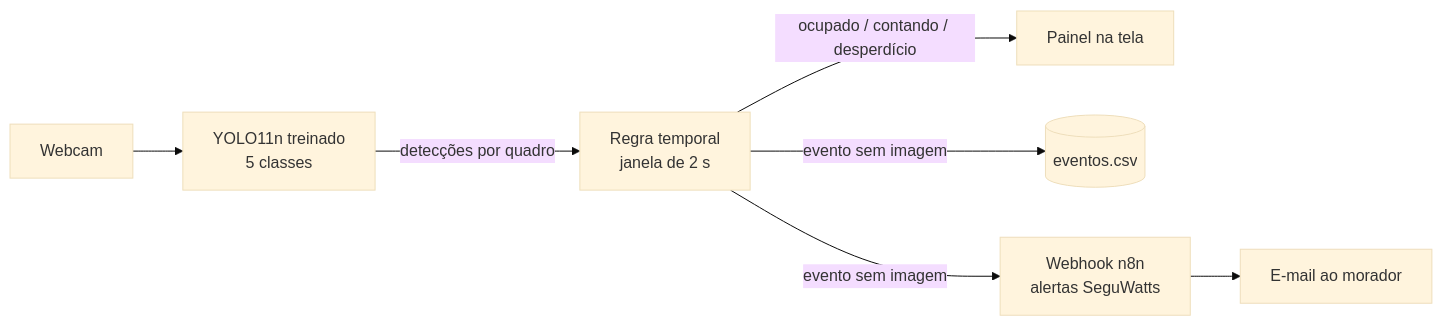
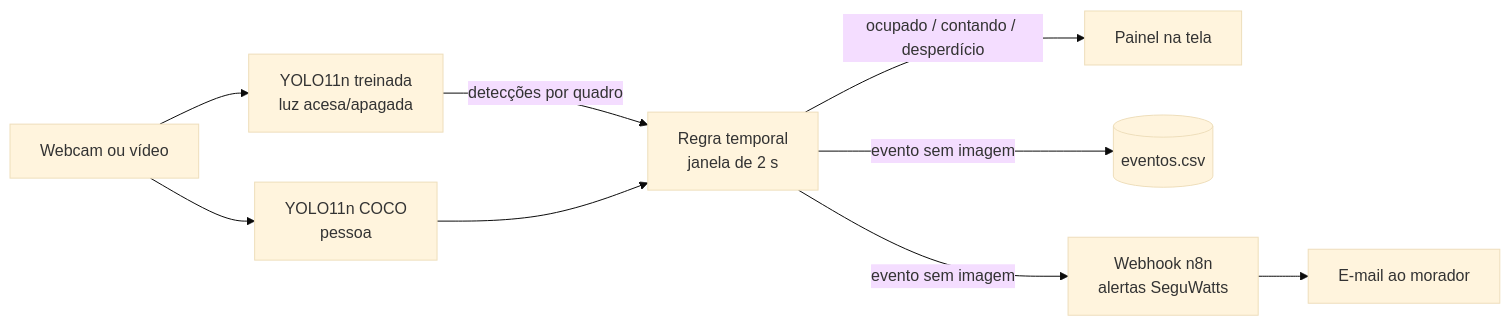
Before and after one commit to dejesuscaua/Gs-visaocomputacional: the diagram in README.md, drawn with Mermaid (base theme). The commit also changed other lines of this file and 8 other files, not shown here.

First line of the commit message:
Usa dataset público de lâmpadas e pessoa pelo COCO (sem anotar fotos)

````diff
--- a/README.md
+++ b/README.md
@@ -22,8 +22,10 @@
 ```mermaid
 flowchart LR
-  cam[Webcam] --> yolo[YOLO11n treinado<br/>5 classes]
+  cam[Webcam ou vídeo] --> yolo[YOLO11n treinada<br/>luz acesa/apagada]
+  cam --> coco[YOLO11n COCO<br/>pessoa]
   yolo -->|detecções por quadro| regra[Regra temporal<br/>janela de 2 s]
+  coco --> regra
   regra -->|ocupado / contando / desperdício| hud[Painel na tela]
   regra -->|evento sem imagem| csv[(eventos.csv)]
   regra -->|evento sem imagem| n8n[Webhook n8n<br/>alertas SeguWatts] --> email[E-mail ao morador]
 ```
````
